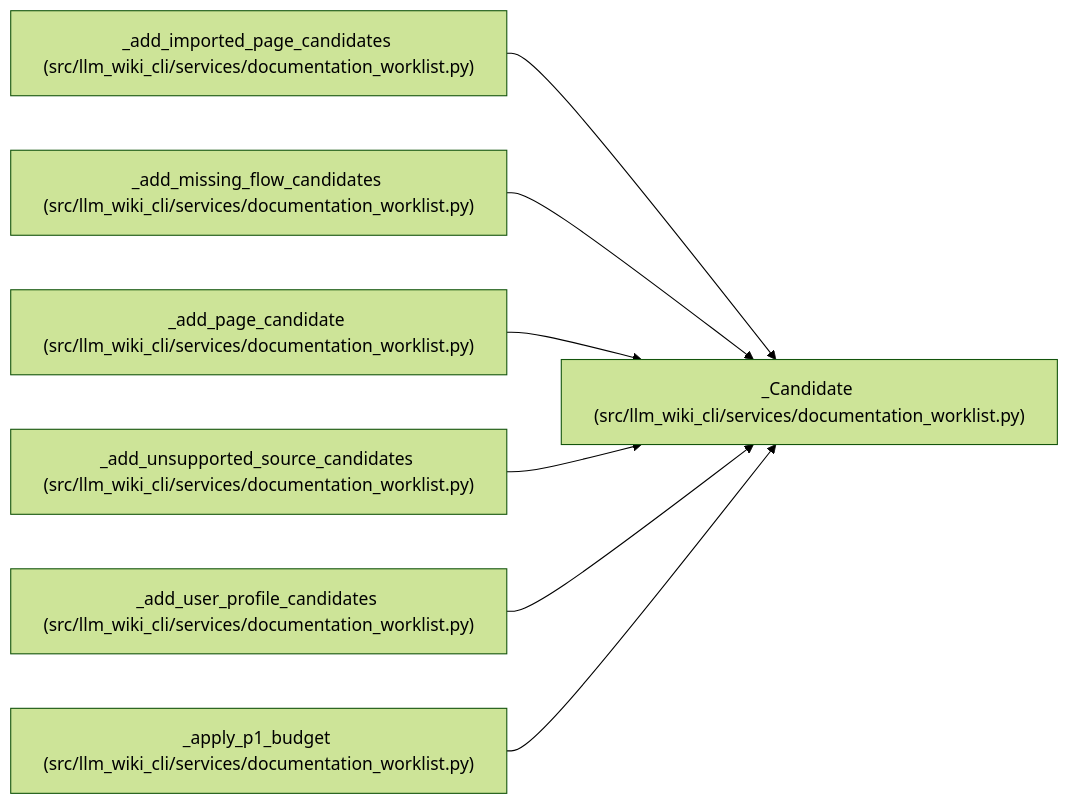
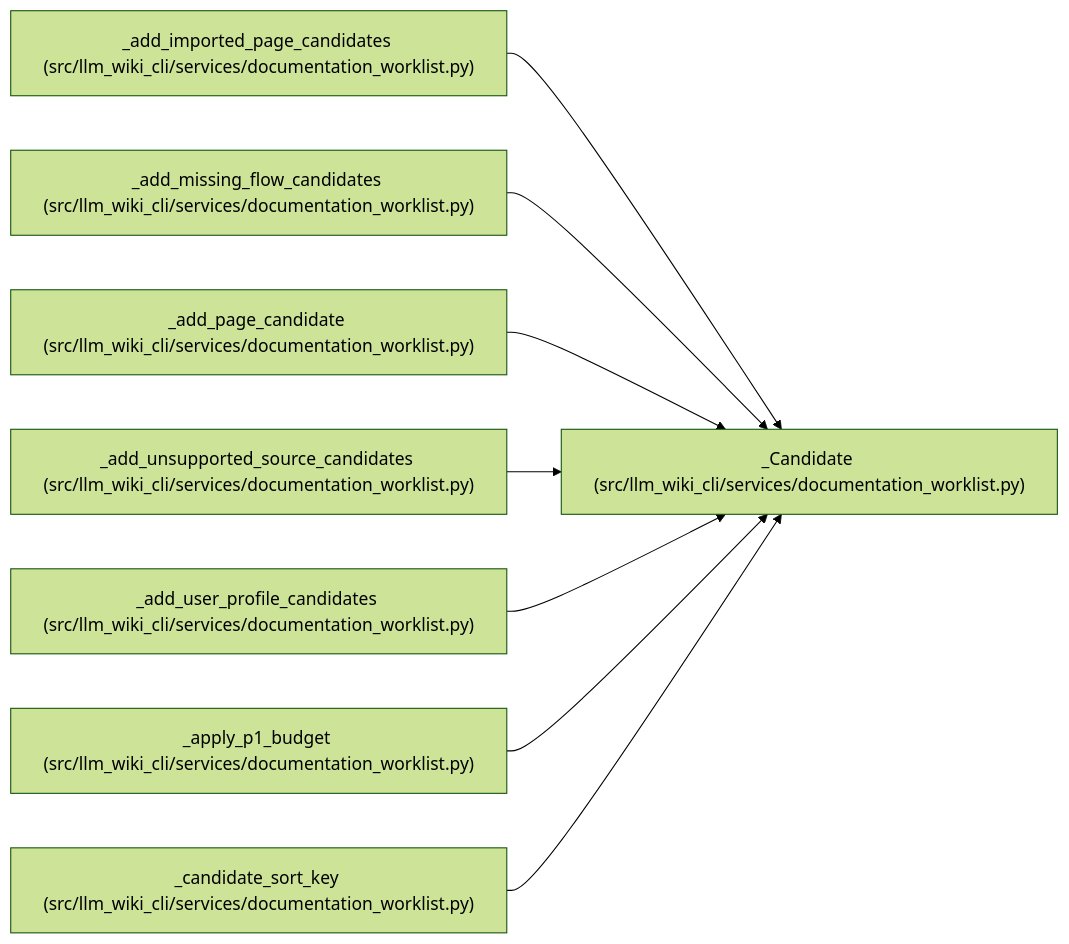
One commit to Denissvgn/python-wiki-llm changed the diagram in docs/llm_wiki/entities/Candidate.md. Above: the diagram before and after it, drawn with Mermaid (forest theme). The commit also changed other lines of this file and 493 other files, not shown here.

````diff
--- a/docs/llm_wiki/entities/Candidate.md
+++ b/docs/llm_wiki/entities/Candidate.md
@@ -42,23 +42,26 @@
 ```mermaid
 flowchart LR
     n0["_Candidate (src/llm_wiki_cli/services/documentation_worklist.py)"]
     n1["_add_imported_page_candidates (src/llm_wiki_cli/services/documentation_worklist.py)"]
     n2["_add_missing_flow_candidates (src/llm_wiki_cli/services/documentation_worklist.py)"]
     n3["_add_page_candidate (src/llm_wiki_cli/services/documentation_worklist.py)"]
     n4["_add_unsupported_source_candidates (src/llm_wiki_cli/services/documentation_worklist.py)"]
     n5["_add_user_profile_candidates (src/llm_wiki_cli/services/documentation_worklist.py)"]
     n6["_apply_p1_budget (src/llm_wiki_cli/services/documentation_worklist.py)"]
+    n7["_candidate_sort_key (src/llm_wiki_cli/services/documentation_worklist.py)"]
     n1 --> n0
     n2 --> n0
     n3 --> n0
     n4 --> n0
     n5 --> n0
     n6 --> n0
+    n7 --> n0
     click n0 "../modules/documentation_worklist.md"
     click n1 "../modules/documentation_worklist.md"
     click n2 "../modules/documentation_worklist.md"
     click n3 "../modules/documentation_worklist.md"
     click n4 "../modules/documentation_worklist.md"
     click n5 "../modules/documentation_worklist.md"
     click n6 "../modules/documentation_worklist.md"
+    click n7 "../modules/documentation_worklist.md"
 ```
````
